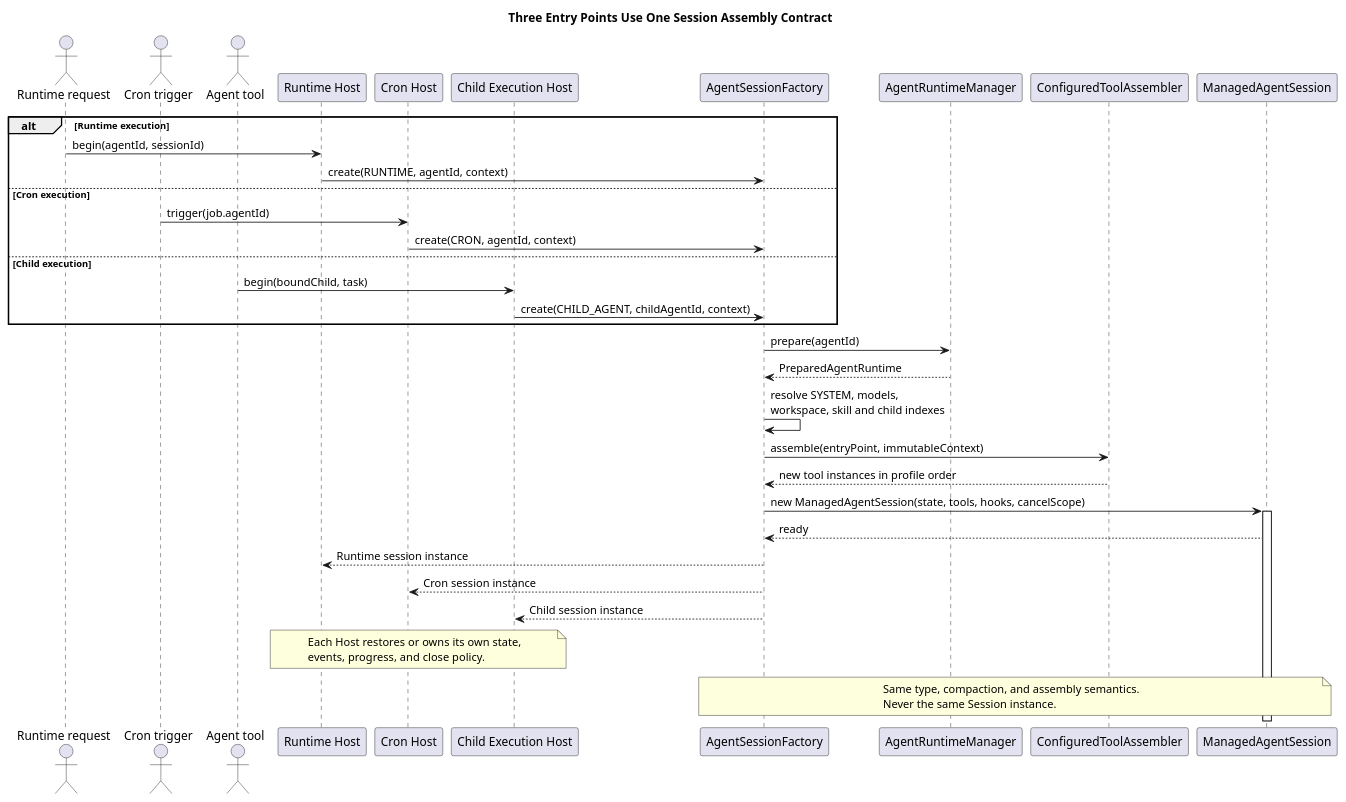
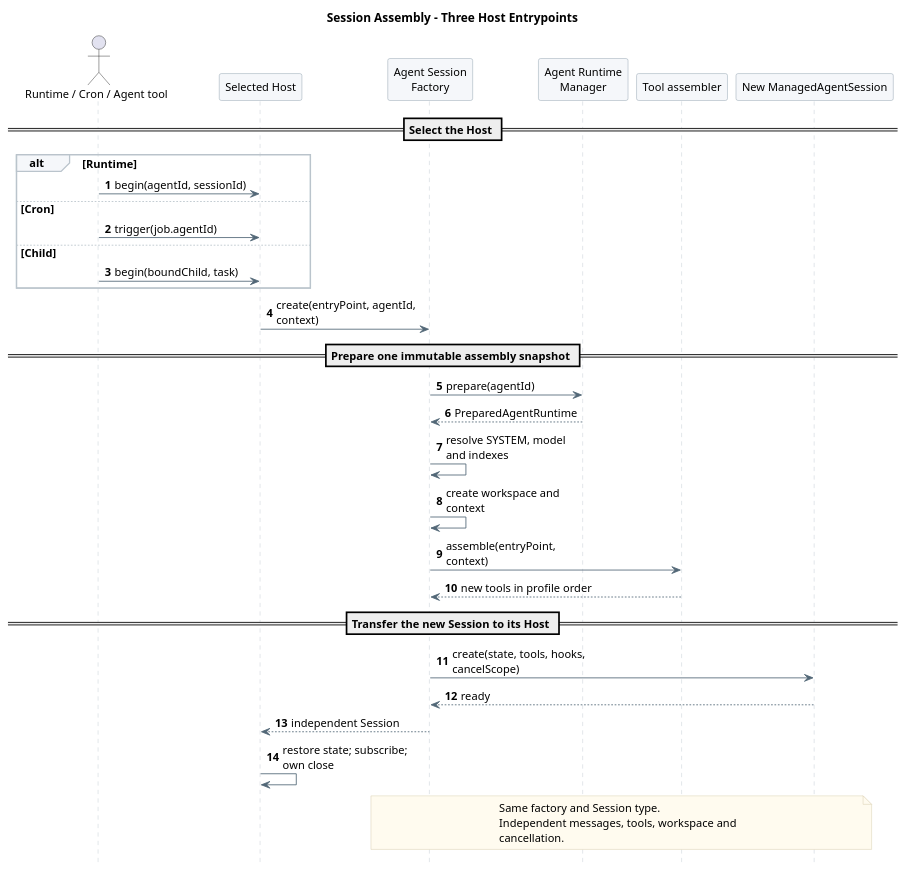
One commit to ssm0808/pi-mono-java-design changed the second of 11 diagrams in 01-总体架构/02-CampusClaw工具系统/diagram.puml. Above: the diagram before and after it, drawn with PlantUML. The commit also changed other lines of this file and 212 other files, not shown here.

Commit message:
docs(design): 精简模块文档并重排全仓设计图

```diff
--- a/01-总体架构/02-CampusClaw工具系统/diagram.puml
+++ b/01-总体架构/02-CampusClaw工具系统/diagram.puml
@@ -107,55 +117,59 @@
 @startuml agent_session_assembly
-title Three Entry Points Use One Session Assembly Contract
+skinparam backgroundColor white
+skinparam defaultFontName SansSerif
+skinparam defaultFontSize 13
 skinparam shadowing false
-
+skinparam sequenceMessageAlign left
+skinparam maxMessageSize 165
+skinparam sequenceArrowColor #526777
+skinparam sequenceLifeLineBorderColor #BAC4CC
+skinparam sequenceParticipantBackgroundColor #F5F7FA
+skinparam sequenceParticipantBorderColor #8496A4
+skinparam sequenceGroupBackgroundColor #F5F7FA
+skinparam sequenceGroupBorderColor #BAC4CC
+skinparam noteBackgroundColor #FFFBEF
+skinparam noteBorderColor #D2C6A5
+hide footbox
+autonumber
 ' Source evidence (CampusClaw d649866):
 ' modules/coding-agent-cli/src/main/java/com/campusclaw/codingagent/runtime/AgentRuntimeManager.java: prepare
 ' modules/coding-agent-cli/src/main/java/com/campusclaw/codingagent/runtimeapi/runtime/RuntimeSessionEngineRegistry.java
 ' modules/coding-agent-cli/src/main/java/com/campusclaw/codingagent/session/AgentSession.java: initialize
 ' Observed behavior: current entry paths do not share one small session factory.
 ' Design reason: parent and child use the same AgentSession type and factory but
 ' receive different instances, state, workspaces, tools, and cancellation scopes.
+title Session Assembly - Three Host Entrypoints
 
-actor "Runtime request" as Runtime
-actor "Cron trigger" as Cron
-actor "Agent tool" as AgentTool
-participant "Runtime Host" as RH
-participant "Cron Host" as CH
-participant "Child Execution Host" as EH
-participant "AgentSessionFactory" as Factory
-participant "AgentRuntimeManager" as Manager
-participant "ConfiguredToolAssembler" as Tools
-participant "ManagedAgentSession" as Session
-
-alt Runtime execution
-  Runtime -> RH : begin(agentId, sessionId)
-  RH -> Factory : create(RUNTIME, agentId, context)
-else Cron execution
-  Cron -> CH : trigger(job.agentId)
-  CH -> Factory : create(CRON, agentId, context)
-else Child execution
-  AgentTool -> EH : begin(boundChild, task)
-  EH -> Factory : create(CHILD_AGENT, childAgentId, context)
+actor "Runtime / Cron / Agent tool" as Caller
+participant "Selected Host" as Host
+participant "Agent Session\nFactory" as Factory
+participant "Agent Runtime\nManager" as Manager
+participant "Tool assembler" as Tools
+participant "New ManagedAgentSession" as Session
+== Select the Host ==
+alt Runtime
+  Caller -> Host : begin(agentId, sessionId)
+else Cron
+  Caller -> Host : trigger(job.agentId)
+else Child
+  Caller -> Host : begin(boundChild, task)
 end
-
+Host -> Factory : create(entryPoint, agentId, context)
+== Prepare one immutable assembly snapshot ==
 Factory -> Manager : prepare(agentId)
 Manager --> Factory : PreparedAgentRuntime
-Factory -> Factory : resolve SYSTEM, models,\nworkspace, skill and child indexes
-Factory -> Tools : assemble(entryPoint, immutableContext)
-Tools --> Factory : new tool instances in profile order
-Factory -> Session ++ : new ManagedAgentSession(state, tools, hooks, cancelScope)
+Factory -> Factory : resolve SYSTEM, model and indexes
+Factory -> Factory : create workspace and context
+Factory -> Tools : assemble(entryPoint, context)
+Tools --> Factory : new tools in profile order
+== Transfer the new Session to its Host ==
+Factory -> Session : create(state, tools, hooks, cancelScope)
 Session --> Factory : ready
-Factory --> RH : Runtime session instance
-Factory --> CH : Cron session instance
-Factory --> EH : Child session instance
-
-note over RH,EH
-Each Host restores or owns its own state,
-events, progress, and close policy.
-end note
-
+Factory --> Host : independent Session
+Host -> Host : restore state; subscribe; own close
 note over Factory,Session
-Same type, compaction, and assembly semantics.
-Never the same Session instance.
+  Same factory and Session type.
+  Independent messages, tools, workspace and
+  cancellation.
 end note
 @enduml
```
